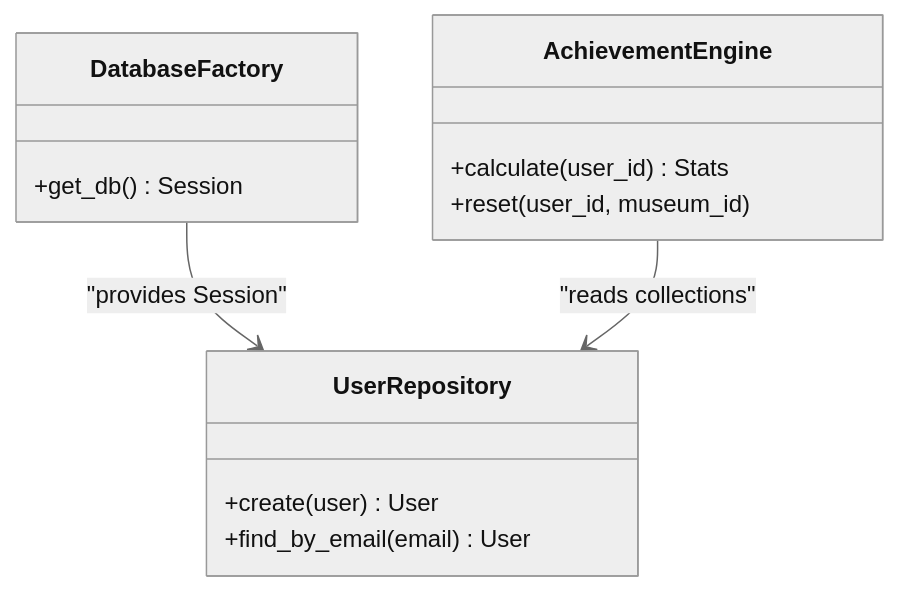
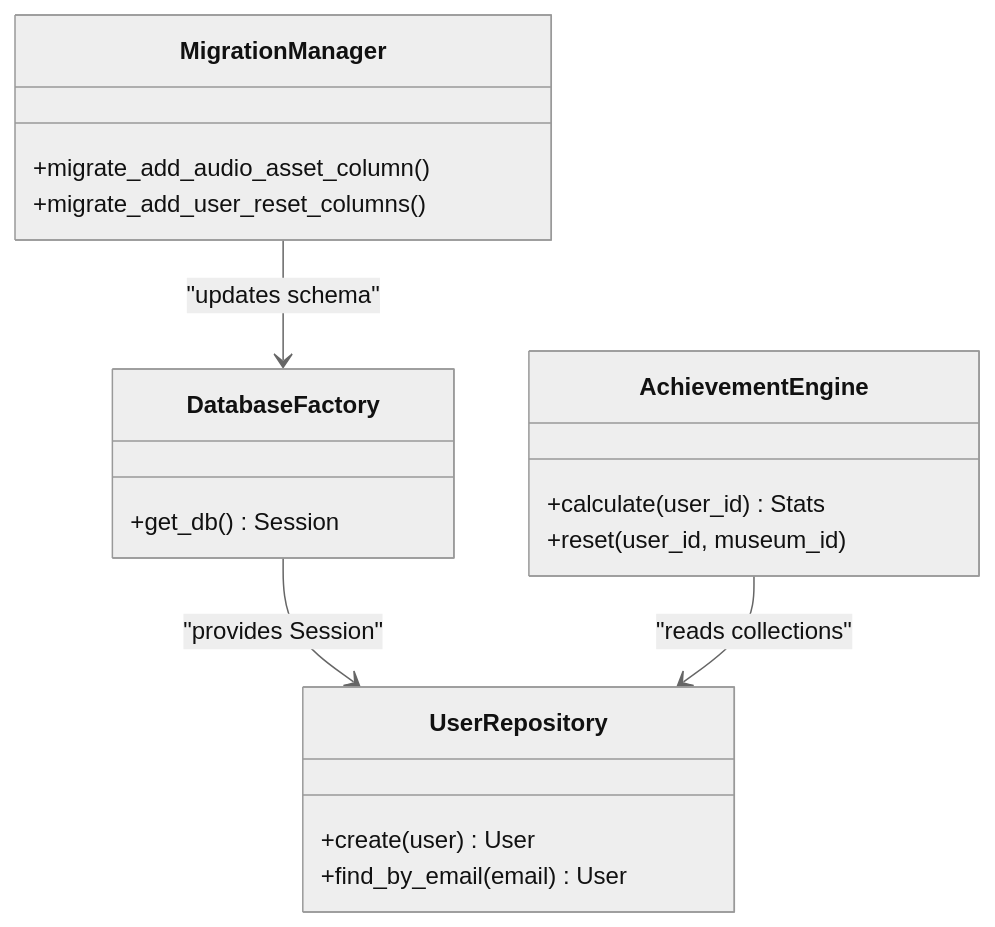
Before and after one commit to vinhle-HCMUT/MuseAmigo_API: the eighth of 9 diagrams in .qoder/repowiki/en/content/Development Guidelines.md, drawn with Mermaid (neutral theme). The commit also changed other lines of this file and 4 other files, not shown here.

````diff
--- a/.qoder/repowiki/en/content/Development Guidelines.md
+++ b/.qoder/repowiki/en/content/Development Guidelines.md
@@ -383,16 +426,21 @@
 ```mermaid
 classDiagram
 class DatabaseFactory {
 +get_db() Session
 }
 class UserRepository {
 +create(user) User
 +find_by_email(email) User
 }
 class AchievementEngine {
 +calculate(user_id) Stats
 +reset(user_id, museum_id)
 }
+class MigrationManager {
++migrate_add_audio_asset_column()
++migrate_add_user_reset_columns()
+}
 DatabaseFactory --> UserRepository : "provides Session"
 AchievementEngine --> UserRepository : "reads collections"
+MigrationManager --> DatabaseFactory : "updates schema"
 ```
````
